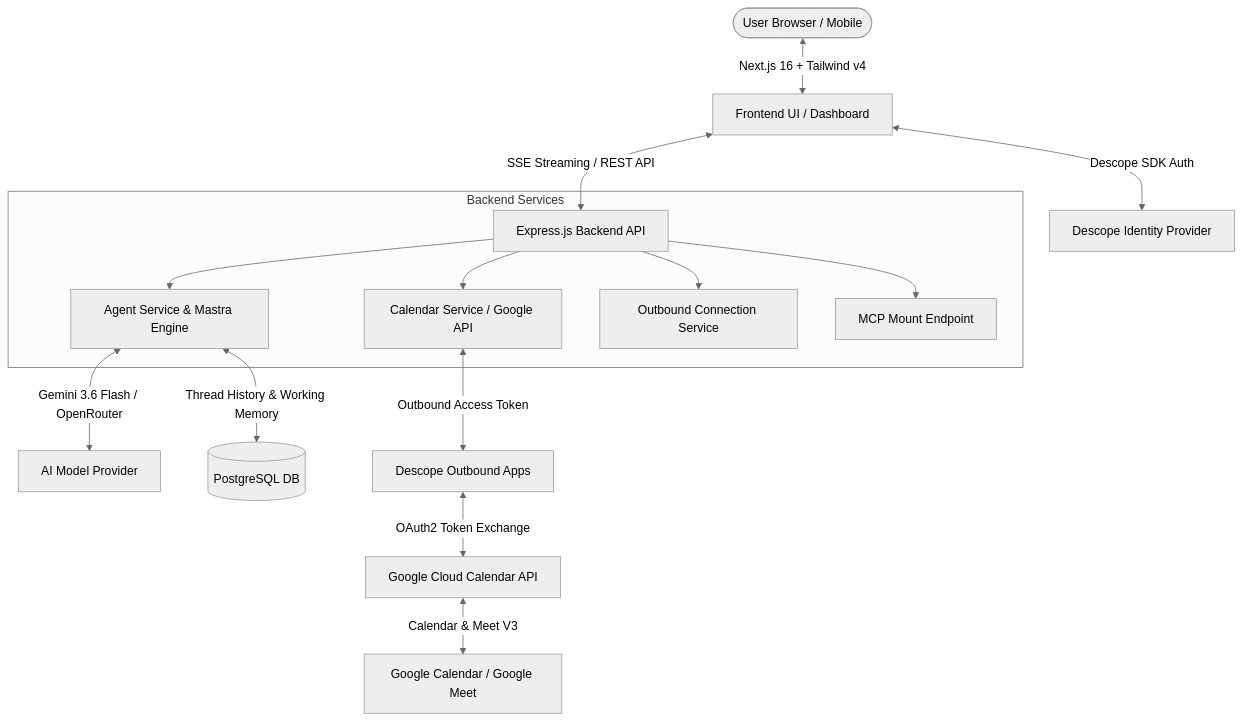
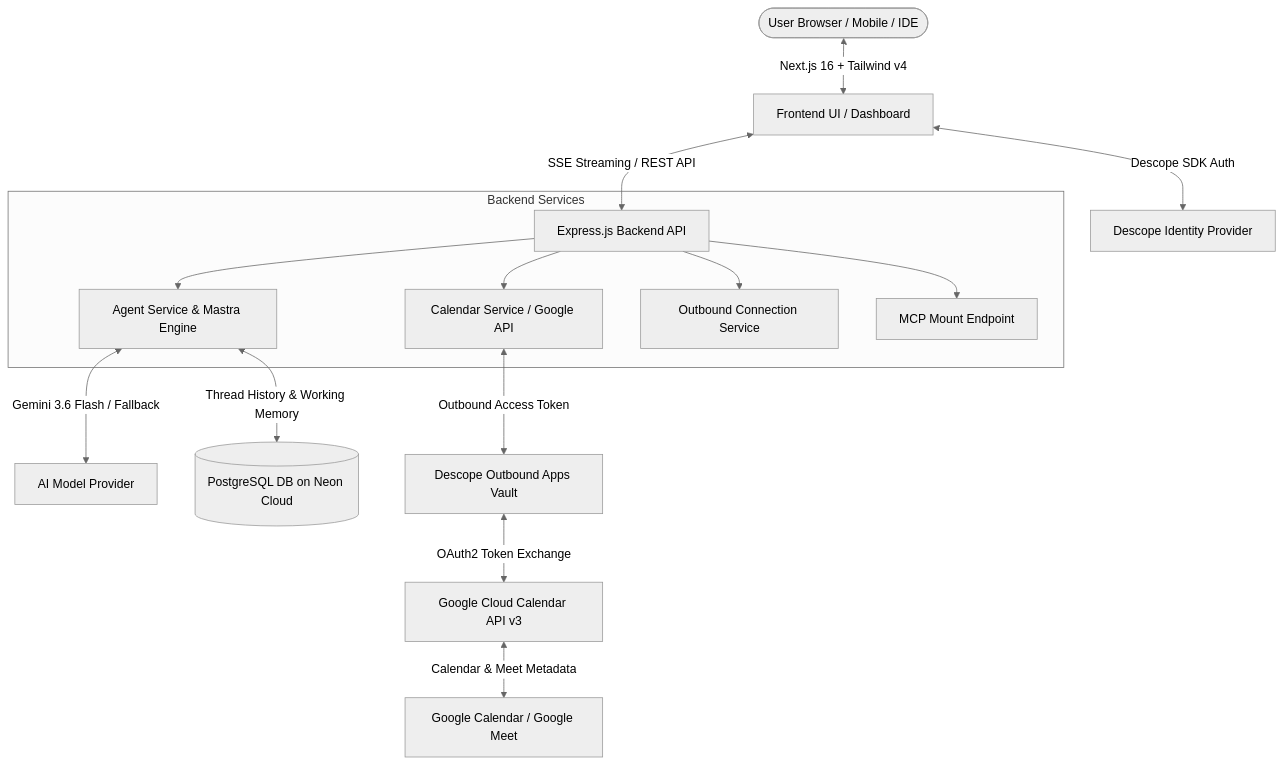
The first of 4 diagrams in agentic-calendar-assistant/README.md (Mr-Elegant/Mahurart-AI), drawn with Mermaid (neutral theme) before and after one commit. The commit also changed other lines of this file and 1 other file, not shown here.

Commit message:
docs: expand README.md with complete workflows, sequence diagrams, HLD/LLD, and design system architecture

````diff
--- a/agentic-calendar-assistant/README.md
+++ b/agentic-calendar-assistant/README.md
@@ -75,19 +76,19 @@
 ```mermaid
 graph TD
-  User([User Browser / Mobile]) <-->|Next.js 16 + Tailwind v4| Frontend[Frontend UI / Dashboard]
+  User([User Browser / Mobile / IDE]) <-->|Next.js 16 + Tailwind v4| Frontend[Frontend UI / Dashboard]
   Frontend <-->|Descope SDK Auth| DescopeAuth[Descope Identity Provider]
   Frontend <-->|SSE Streaming / REST API| Backend[Express.js Backend API]
   
   subgraph Backend Services
     Backend --> AgentService[Agent Service & Mastra Engine]
     Backend --> CalendarService[Calendar Service / Google API]
     Backend --> ConnectionService[Outbound Connection Service]
     Backend --> McpServer[MCP Mount Endpoint]
   end
 
-  AgentService <-->|Gemini 3.6 Flash / OpenRouter| LLM[AI Model Provider]
-  AgentService <-->|Thread History & Working Memory| Postgres[(PostgreSQL DB)]
-  CalendarService <-->|Outbound Access Token| DescopeTokens[Descope Outbound Apps]
-  DescopeTokens <-->|OAuth2 Token Exchange| GoogleCloud[Google Cloud Calendar API]
-  GoogleCloud <-->|Calendar & Meet V3| GoogleCal[Google Calendar / Google Meet]
+  AgentService <-->|Gemini 3.6 Flash / Fallback| LLM[AI Model Provider]
+  AgentService <-->|Thread History & Working Memory| Postgres[(PostgreSQL DB on Neon Cloud)]
+  CalendarService <-->|Outbound Access Token| DescopeTokens[Descope Outbound Apps Vault]
+  DescopeTokens <-->|OAuth2 Token Exchange| GoogleCloud[Google Cloud Calendar API v3]
+  GoogleCloud <-->|Calendar & Meet Metadata| GoogleCal[Google Calendar / Google Meet]
 ```
````
